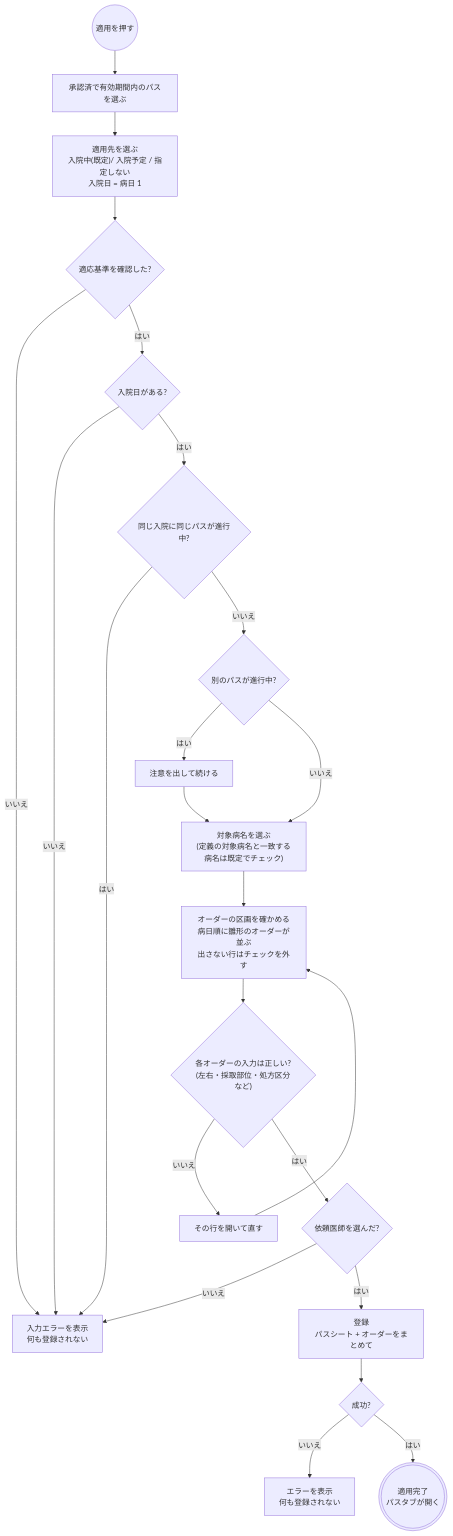
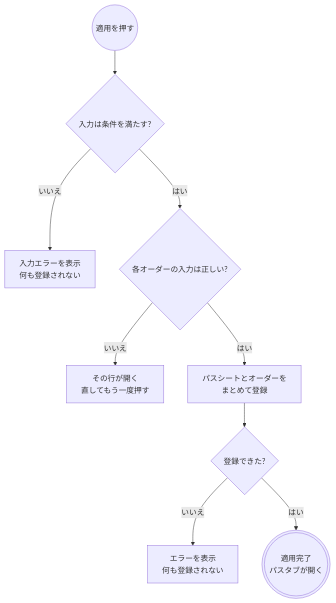
Before and after one commit to ysnr-dev/fhir-client-docs: the third of 7 diagrams in docs/flows/clinical-pathway.md, drawn with Mermaid. The commit also changed other lines of this file and 43 other files, not shown here.

Commit message:
docs: 業務フローとシーケンス図を写し直し

````diff
--- a/docs/flows/clinical-pathway.md
+++ b/docs/flows/clinical-pathway.md
@@ -143,38 +223,20 @@
 ```mermaid
 flowchart TD
   submit(("適用を押す"))
-  pick["承認済で有効期間内のパスを選ぶ"]
-  target["適用先を選ぶ<br/>入院中(既定)/ 入院予定 / 指定しない<br/>入院日 = 病日 1"]
-  criteria{"適応基準を確認した?"}
-  admission{"入院日がある?"}
-  duplicate{"同じ入院に同じパスが進行中?"}
-  othersQ{"別のパスが進行中?"}
-  warn["注意を出して続ける"]
-  conditions["対象病名を選ぶ<br/>(定義の対象病名と一致する病名は既定でチェック)"]
-  orders["オーダーの区画を確かめる<br/>病日順に雛形のオーダーが並ぶ<br/>出さない行はチェックを外す"]
-  valid{"各オーダーの入力は正しい?<br/>(左右・採取部位・処方区分など)"}
-  fix["その行を開いて直す"]
-  requesterQ{"依頼医師を選んだ?"}
+  check{"入力は条件を満たす?"}
   error["入力エラーを表示<br/>何も登録されない"]
-  send["登録<br/>パスシート + オーダーをまとめて"]
-  result{"成功?"}
+  valid{"各オーダーの入力は正しい?"}
+  fix["その行が開く<br/>直してもう一度押す"]
+  send["パスシートとオーダーを<br/>まとめて登録"]
+  result{"登録できた?"}
   failed["エラーを表示<br/>何も登録されない"]
   done((("適用完了<br/>パスタブが開く")))
 
-  submit --> pick --> target --> criteria
-  criteria -- "いいえ" --> error
-  criteria -- "はい" --> admission
-  admission -- "いいえ" --> error
-  admission -- "はい" --> duplicate
-  duplicate -- "はい" --> error
-  duplicate -- "いいえ" --> othersQ
-  othersQ -- "はい" --> warn --> conditions
-  othersQ -- "いいえ" --> conditions
-  conditions --> orders --> valid
-  valid -- "いいえ" --> fix --> orders
-  valid -- "はい" --> requesterQ
-  requesterQ -- "いいえ" --> error
-  requesterQ -- "はい" --> send --> result
+  submit --> check
+  check -- "いいえ" --> error
+  check -- "はい" --> valid
+  valid -- "いいえ" --> fix
+  valid -- "はい" --> send --> result
   result -- "いいえ" --> failed
   result -- "はい" --> done
 ```
````
